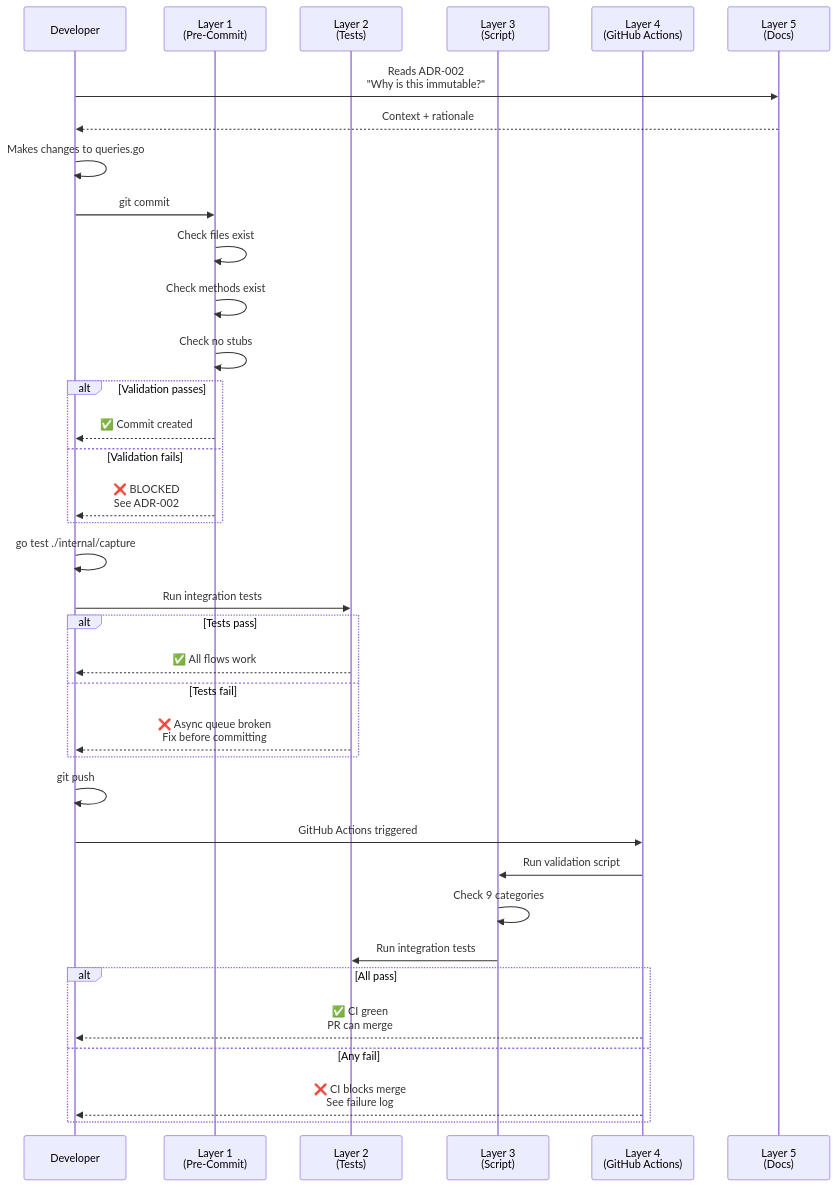
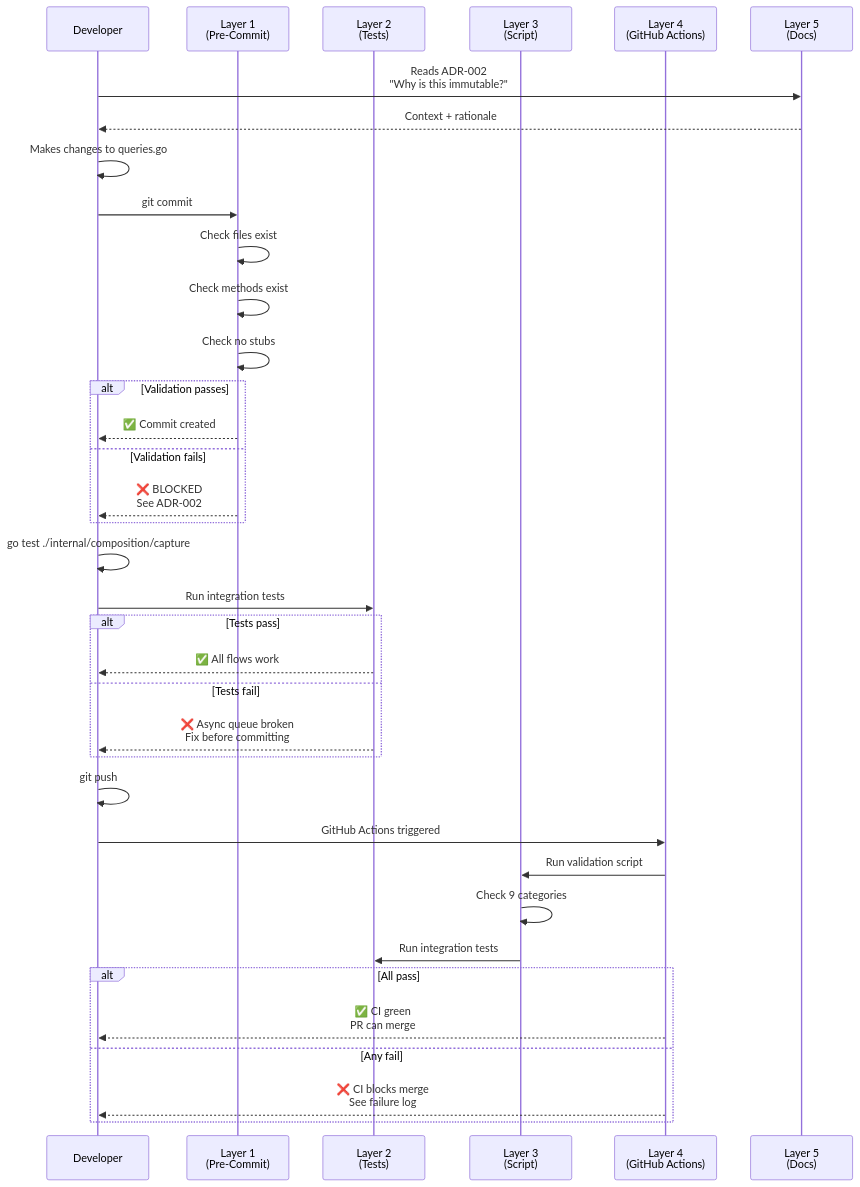
One commit to brennhill/Kaboom-Browser-AI-Devtools-MCP changed the third of 6 diagrams in docs/architecture/diagrams/quality/5-layer-protection.md. Above: the diagram before and after it, drawn with Mermaid. The commit also changed other lines of this file and 2067 other files, not shown here.

````diff
--- a/docs/architecture/diagrams/quality/5-layer-protection.md
+++ b/docs/architecture/diagrams/quality/5-layer-protection.md
@@ -105,47 +105,47 @@
 ```mermaid
 sequenceDiagram
     participant Dev as Developer
     participant L1 as Layer 1<br/>(Pre-Commit)
     participant L2 as Layer 2<br/>(Tests)
     participant L3 as Layer 3<br/>(Script)
     participant L4 as Layer 4<br/>(GitHub Actions)
     participant L5 as Layer 5<br/>(Docs)
 
     Dev->>L5: Reads ADR-002<br/>"Why is this immutable?"
     L5-->>Dev: Context + rationale
 
     Dev->>Dev: Makes changes to queries.go
     Dev->>L1: git commit
 
     L1->>L1: Check files exist
     L1->>L1: Check methods exist
     L1->>L1: Check no stubs
 
     alt Validation passes
         L1-->>Dev: ✅ Commit created
     else Validation fails
         L1-->>Dev: ❌ BLOCKED<br/>See ADR-002
     end
 
-    Dev->>Dev: go test ./internal/capture
+    Dev->>Dev: go test ./internal/composition/capture
     Dev->>L2: Run integration tests
 
     alt Tests pass
         L2-->>Dev: ✅ All flows work
     else Tests fail
         L2-->>Dev: ❌ Async queue broken<br/>Fix before committing
     end
 
     Dev->>Dev: git push
     Dev->>L4: GitHub Actions triggered
 
     L4->>L3: Run validation script
     L3->>L3: Check 9 categories
     L3->>L2: Run integration tests
 
     alt All pass
         L4-->>Dev: ✅ CI green<br/>PR can merge
     else Any fail
         L4-->>Dev: ❌ CI blocks merge<br/>See failure log
     end
 ```
````
